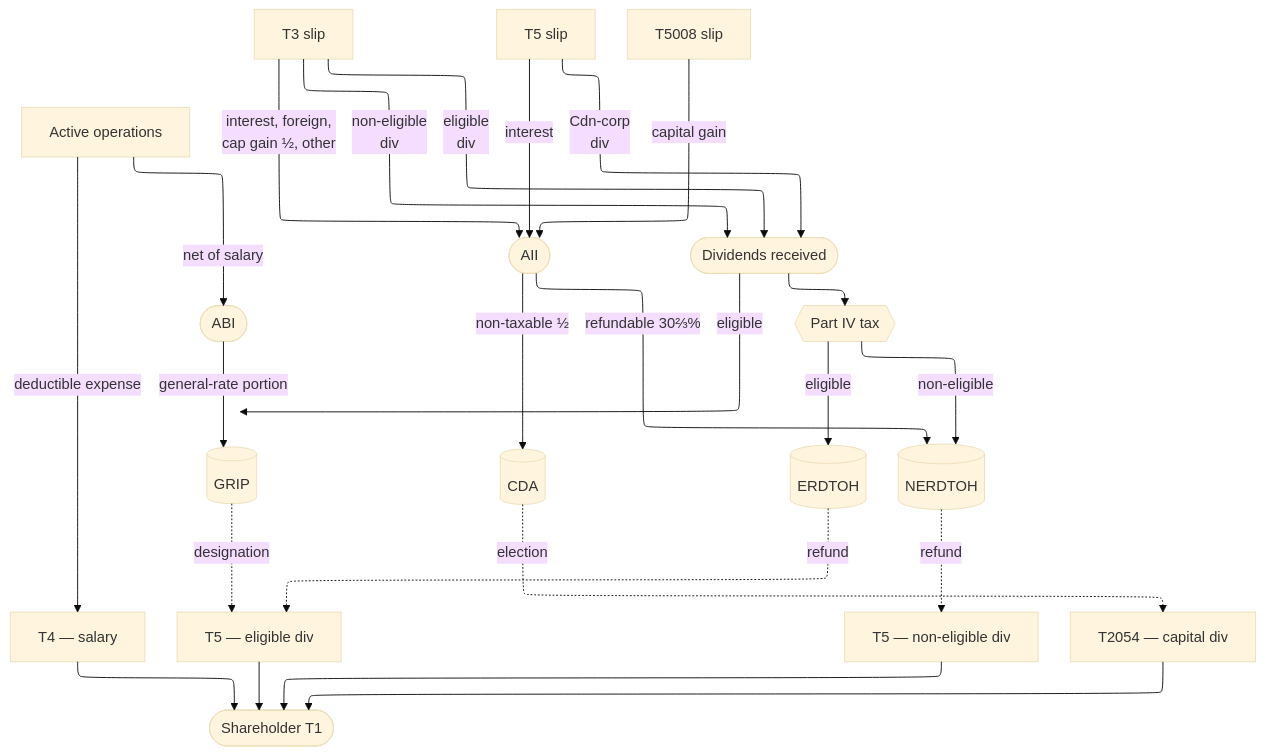
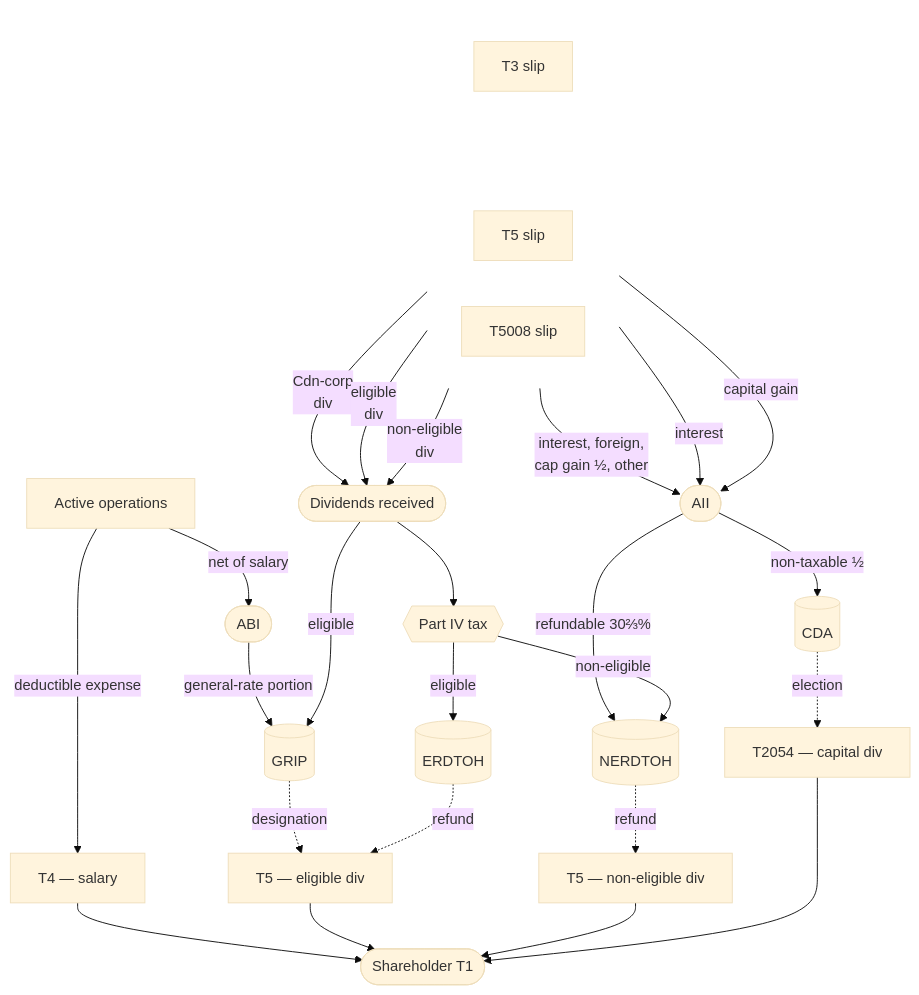
The diagram in guide/Small-Business-Tax-Overview.md (alexoooo/canadian-corp-info), drawn with Mermaid (base theme) before and after one commit.

Commit message:
formatting

````diff
--- a/guide/Small-Business-Tax-Overview.md
+++ b/guide/Small-Business-Tax-Overview.md
@@ -210,52 +210,59 @@
 ```mermaid
-%%{init: {"flowchart": {"defaultRenderer": "elk"}}}%%
 flowchart TB
-    T3[T3 slip]
-    T5in[T5 slip]
-    T5008[T5008 slip]
+    subgraph Slips[" "]
+        direction LR
+        T3[T3 slip]
+        SpaceTT[ ]
+        T5in[T5 slip]
+        T5008[T5008 slip]
+    end
     OP[Active operations]
 
     ABI([ABI])
     AII([AII])
     DivRcv([Dividends received])
 
     GRIP[(GRIP)]
     CDA[(CDA)]
     ERDTOH[(ERDTOH)]
     NERDTOH[(NERDTOH)]
 
     PartIV{{Part IV tax}}
 
     T4out["T4 — salary"]
     T5elig["T5 — eligible div"]
     T5neli["T5 — non-eligible div"]
     T2054["T2054 — capital div"]
     SH([Shareholder T1])
 
     OP -->|net of salary| ABI
     OP -->|deductible expense| T4out
     T3 -->|interest, foreign,<br/>cap gain ½, other| AII
     T5in -->|interest| AII
     T5008 -->|capital gain| AII
     T5in -->|Cdn-corp<br/>div| DivRcv
     T3 -->|eligible<br/>div| DivRcv
     T3 -->|non-eligible<br/>div| DivRcv
 
     ABI -->|general-rate portion| GRIP
     AII -->|non-taxable ½| CDA
     AII -->|refundable 30⅔%| NERDTOH
     DivRcv -->|eligible| GRIP
     DivRcv --> PartIV
     PartIV -->|eligible| ERDTOH
     PartIV -->|non-eligible| NERDTOH
 
     GRIP -.->|designation| T5elig
     ERDTOH -.->|refund| T5elig
     NERDTOH -.->|refund| T5neli
     CDA -.->|election| T2054
 
     T4out --> SH
     T5elig --> SH
     T5neli --> SH
     T2054 --> SH
+
+    classDef hidden fill:transparent,stroke:transparent,color:transparent
+    class SpaceTT hidden
+    style Slips fill:transparent,stroke:transparent
 ```
````
